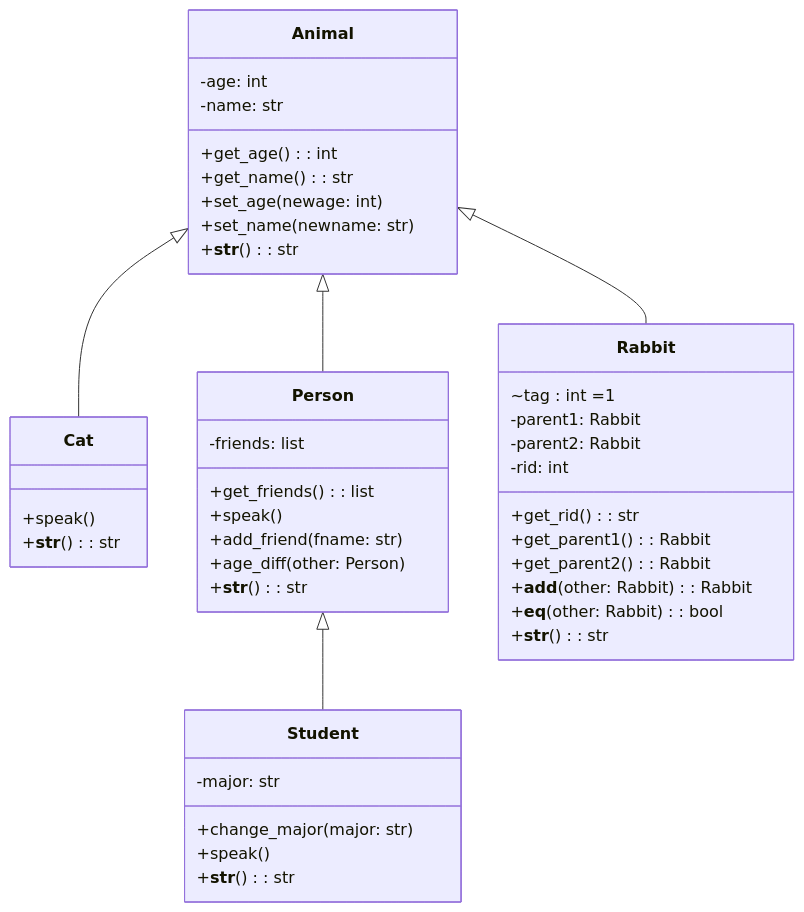
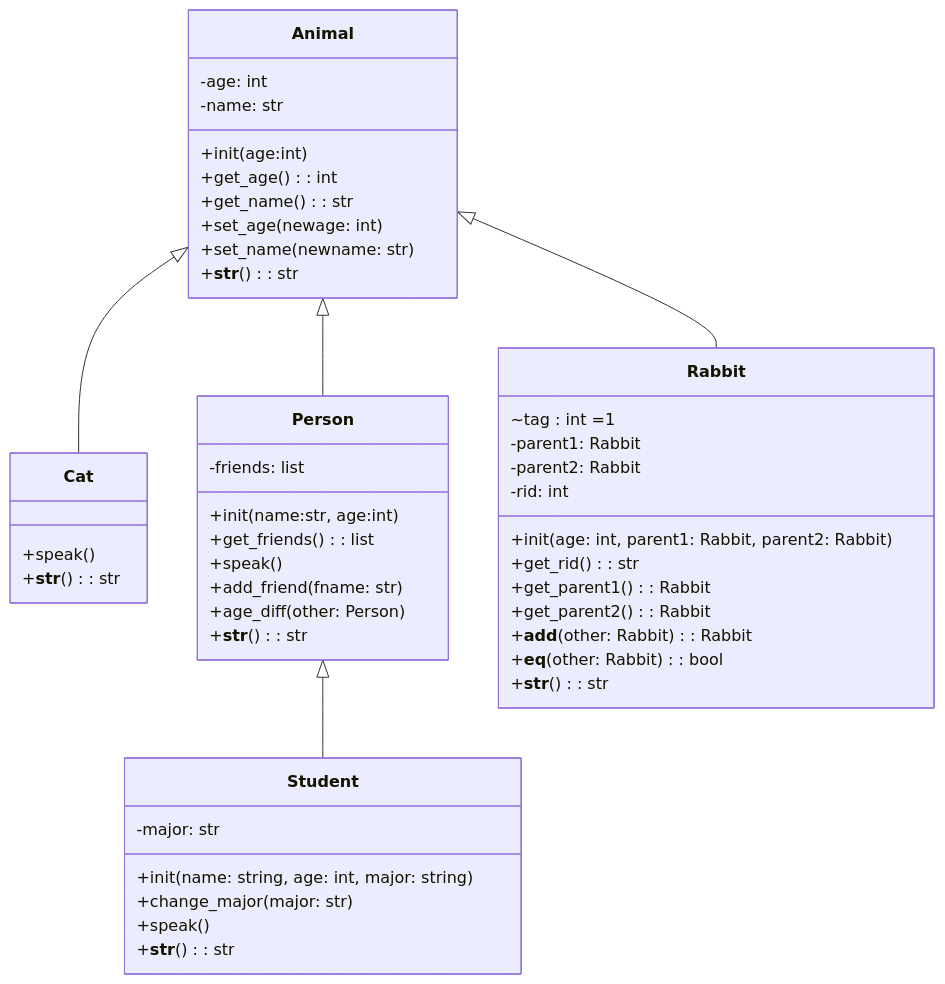
Before and after one commit to ARG-NCTU/oop-python-nycu: the diagram in tests/group10/mermaid_lec9.md, drawn with Mermaid.

Commit message:
add +init into mermaid_lec9.md

````diff
--- a/tests/group10/mermaid_lec9.md
+++ b/tests/group10/mermaid_lec9.md
@@ -1,51 +1,55 @@
 ```mermaid
 classDiagram
     class Animal {
         -age: int
         -name: str
+        +init(age:int)
         +get_age(): int
         +get_name(): str
         +set_age(newage: int)
         +set_name(newname: str)
         +__str__(): str
     }
 
     class Cat {
         +speak()
         +__str__(): str
     }
 
     class Person {
         -friends: list
+        +init(name:str, age:int)
         +get_friends(): list
         +speak()
         +add_friend(fname: str)
         +age_diff(other: Person)
         +__str__(): str
     }
 
     class Student {
         -major: str
+        +init(name: string, age: int, major: string)
         +change_major(major: str)
         +speak()
         +__str__(): str
     }
 
     class Rabbit {
         ~tag : int =1
         -parent1: Rabbit
         -parent2: Rabbit
         -rid: int
+        +init(age: int, parent1: Rabbit, parent2: Rabbit)
         +get_rid(): str
         +get_parent1(): Rabbit
         +get_parent2(): Rabbit
         +__add__(other: Rabbit): Rabbit
         +__eq__(other: Rabbit): bool
         +__str__(): str
     }
 
     Animal <|-- Cat
     Animal <|-- Person
     Person <|-- Student
     Animal <|-- Rabbit
 ```
````
